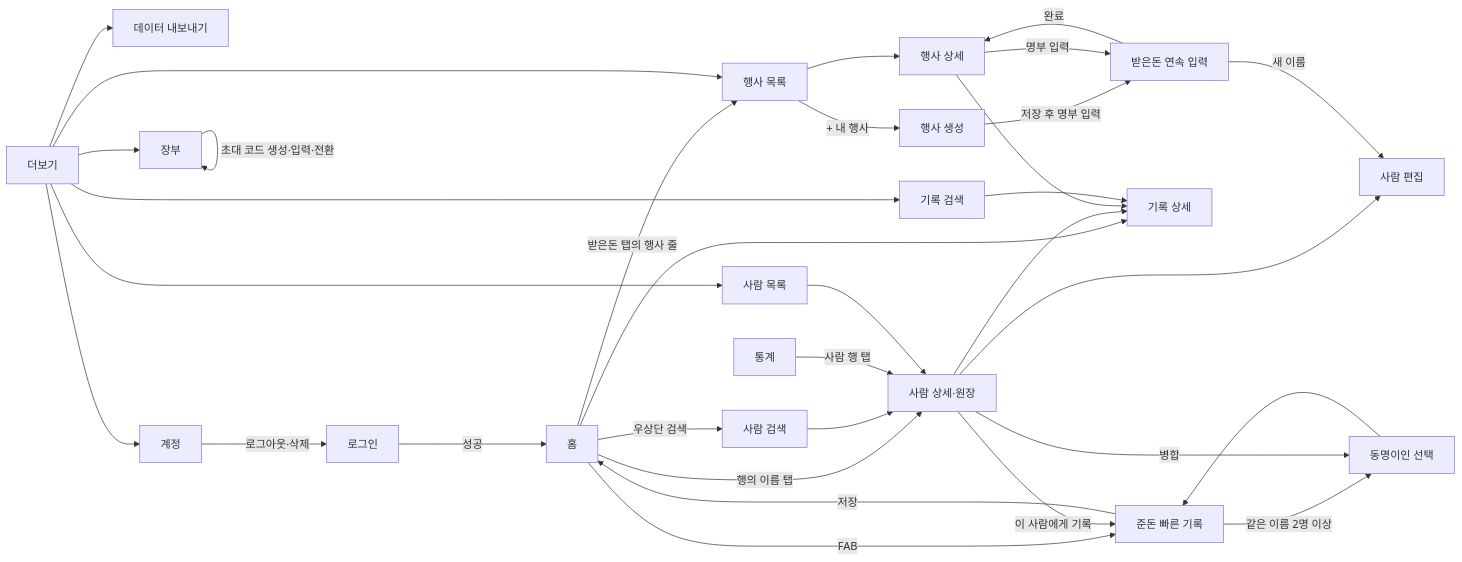
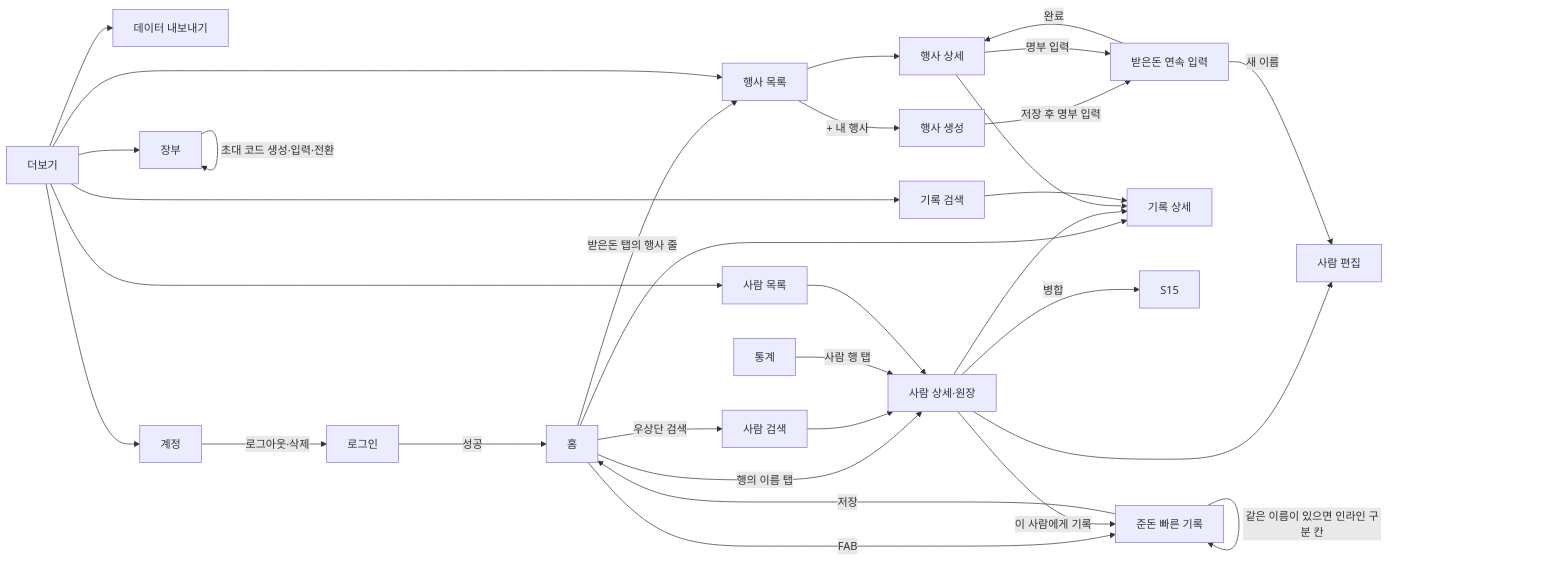
The diagram in docs/02-prd-phase1.md (cocobanana-spec/returnproject), drawn with Mermaid before and after one commit. The commit also changed other lines of this file and 2 other files, not shown here.

Commit message:
동명이인 기획 문서와 노트 반영

````diff
--- a/docs/02-prd-phase1.md
+++ b/docs/02-prd-phase1.md
@@ -189,35 +189,34 @@
 ```mermaid
 flowchart LR
     S00[로그인] -->|성공| S01[홈]
     S01 -->|FAB| S02[준돈 빠른 기록]
     S02 -->|저장| S01
-    S02 -->|같은 이름 2명 이상| S15[동명이인 선택]
-    S15 --> S02
+    S02 -->|같은 이름이 있으면 인라인 구분 칸| S02
     S01 --> S10[기록 상세]
     S01 -->|행의 이름 탭| S04[사람 상세·원장]
     S01 -->|우상단 검색| S03b[사람 검색]
     S03b --> S04
     S01 -->|받은돈 탭의 행사 줄| S06[행사 목록]
     S11[통계] -->|사람 행 탭| S04
     S03[사람 목록] --> S04
     S04 --> S05[사람 편집]
     S04 --> S10
     S04 -->|병합| S15
     S04 -->|이 사람에게 기록| S02
     S06 --> S07[행사 상세]
     S06 -->|+ 내 행사| S08[행사 생성]
     S08 -->|저장 후 명부 입력| S09[받은돈 연속 입력]
     S07 -->|명부 입력| S09
     S09 -->|완료| S07
     S09 -->|새 이름| S05
     S07 --> S10
     S13[더보기] --> S03
     S13 --> S06
     S13 --> S12[기록 검색]
     S13 --> S14[데이터 내보내기]
     S13 --> S16[계정]
     S13 --> S17[장부]
     S17 -->|초대 코드 생성·입력·전환| S17
     S16 -->|로그아웃·삭제| S00
     S12 --> S10
 ```
````
